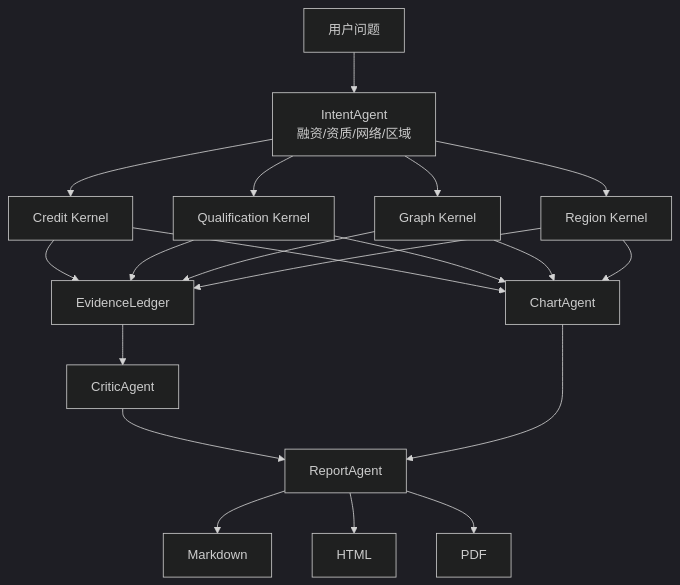
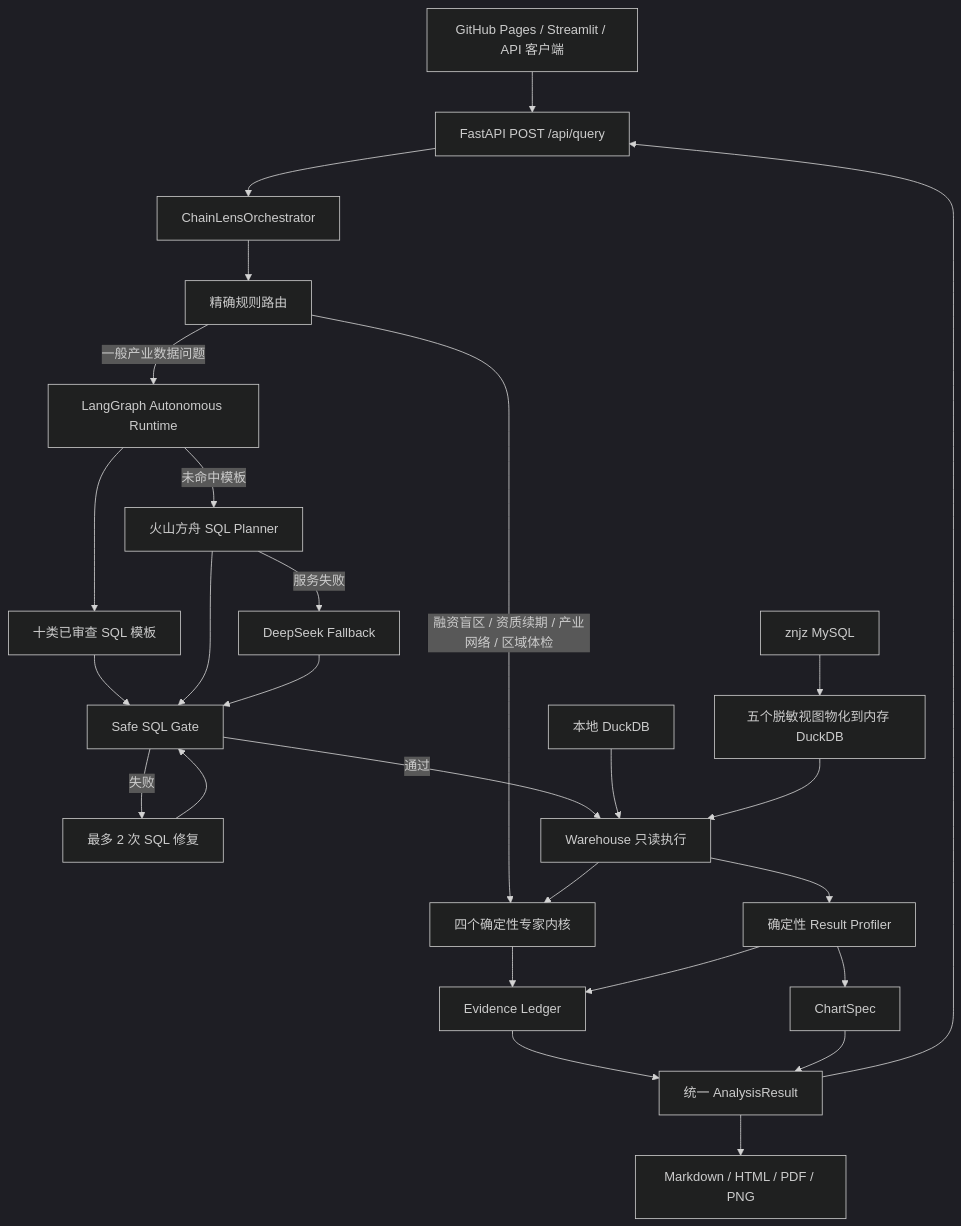
Before and after one commit to gaaiyun/chainlens: the first of 2 diagrams in docs/ARCHITECTURE.md, drawn with Mermaid (dark theme). The commit also changed other lines of this file and 3 other files, not shown here.

````diff
--- a/docs/ARCHITECTURE.md
+++ b/docs/ARCHITECTURE.md
@@ -13,22 +14,33 @@
 ```mermaid
 flowchart TB
-    Q["用户问题"] --> INT["IntentAgent\n融资/资质/网络/区域"]
-    INT --> K1["Credit Kernel"]
-    INT --> K2["Qualification Kernel"]
-    INT --> K3["Graph Kernel"]
-    INT --> K4["Region Kernel"]
-    K1 --> LEDGER["EvidenceLedger"]
-    K2 --> LEDGER
-    K3 --> LEDGER
-    K4 --> LEDGER
-    LEDGER --> CRITIC["CriticAgent"]
-    K1 --> CHART["ChartAgent"]
-    K2 --> CHART
-    K3 --> CHART
-    K4 --> CHART
-    CRITIC --> REPORT["ReportAgent"]
-    CHART --> REPORT
-    REPORT --> MD["Markdown"]
-    REPORT --> HTML["HTML"]
-    REPORT --> PDF["PDF"]
+    UI["GitHub Pages / Streamlit / API 客户端"] --> API["FastAPI POST /api/query"]
+    API --> ORCH["ChainLensOrchestrator"]
+    ORCH --> ROUTER["精确规则路由"]
+
+    ROUTER -->|"融资盲区 / 资质续期 / 产业网络 / 区域体检"| KERNELS["四个确定性专家内核"]
+    ROUTER -->|"一般产业数据问题"| AUTO["LangGraph Autonomous Runtime"]
+
+    AUTO --> COMMON["十类已审查 SQL 模板"]
+    AUTO -->|"未命中模板"| LLM["火山方舟 SQL Planner"]
+    LLM -->|"服务失败"| FALLBACK["DeepSeek Fallback"]
+    COMMON --> GATE["Safe SQL Gate"]
+    LLM --> GATE
+    FALLBACK --> GATE
+    GATE -->|"失败"| REPAIR["最多 2 次 SQL 修复"]
+    REPAIR --> GATE
+    GATE -->|"通过"| WH["Warehouse 只读执行"]
+
+    MYSQL["znjz MySQL"] --> CACHE["五个脱敏视图物化到内存 DuckDB"]
+    LOCAL["本地 DuckDB"] --> WH
+    CACHE --> WH
+    WH --> KERNELS
+    WH --> PROFILE["确定性 Result Profiler"]
+
+    KERNELS --> LEDGER["Evidence Ledger"]
+    PROFILE --> LEDGER
+    PROFILE --> CHART["ChartSpec"]
+    LEDGER --> RESULT["统一 AnalysisResult"]
+    CHART --> RESULT
+    RESULT --> REPORT["Markdown / HTML / PDF / PNG"]
+    RESULT --> API
 ```
````
